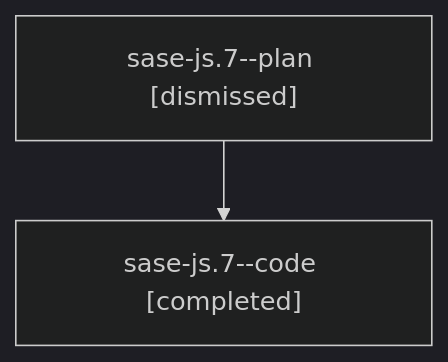
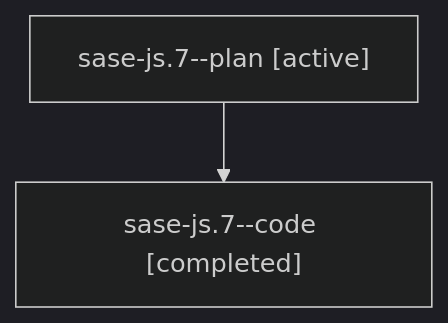
The diagram in families/bbugyi200.athena.sase-js.7.md (sase-org/sase--agents), drawn with Mermaid (dark theme) before and after one commit. The commit also changed other lines of this file and 35830 other files, not shown here.

````diff
--- a/families/bbugyi200.athena.sase-js.7.md
+++ b/families/bbugyi200.athena.sase-js.7.md
@@ -9,6 +9,6 @@
 ```mermaid
 flowchart TD
-  n0["sase-js.7--plan [dismissed]"]
+  n0["sase-js.7--plan [active]"]
   n1["sase-js.7--code [completed]"]
   n0 --> n1
 ```
````
